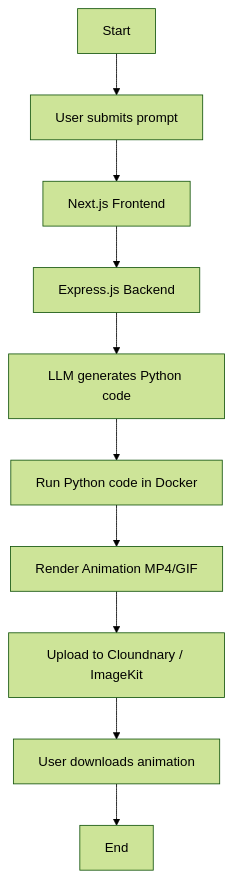
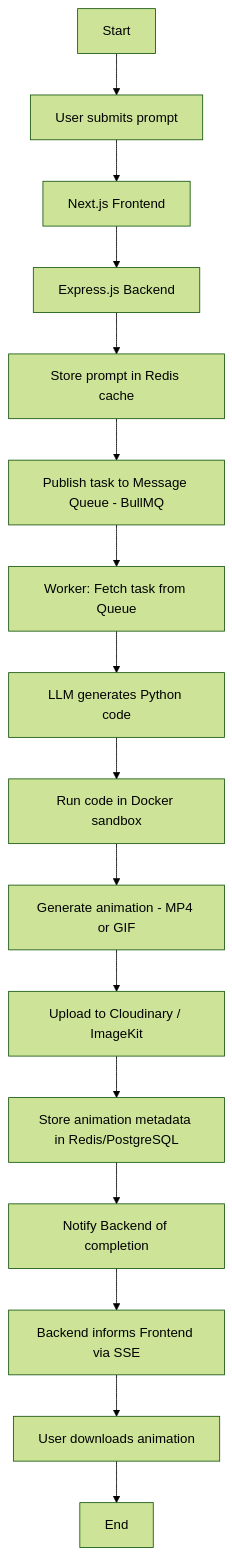
Before and after one commit to imdinnesh/Prompt-To-Motion: the diagram in README.md, drawn with Mermaid (forest theme).

Commit message:
fix: readme flow v2

````diff
--- a/README.md
+++ b/README.md
@@ -22,12 +22,22 @@
 ```mermaid
 flowchart TD
     A[Start] --> B[User submits prompt]
     B --> C[Next.js Frontend]
     C --> D[Express.js Backend]
-    D --> E[LLM generates Python code]
-    E --> F[Run Python code in Docker]
-    F --> G[Render Animation MP4/GIF]
-    G --> H[Upload to Cloundnary / ImageKit]
-    H --> I[User downloads animation]
-    I --> J[End]
+    D --> E[Store prompt in Redis cache]
+    E --> F[Publish task to Message Queue - BullMQ]
+    F --> G[Worker: Fetch task from Queue]
+    G --> H[LLM generates Python code]
+    H --> I[Run code in Docker sandbox]
+    I --> J[Generate animation - MP4 or GIF]
+
+    J --> K[Upload to Cloudinary / ImageKit]
+    K --> L[Store animation metadata in Redis/PostgreSQL]
+
+    L --> M[Notify Backend of completion]
+    M --> N[Backend informs Frontend via SSE]
+    N --> O[User downloads animation]
+
+    O --> P[End]
+
 ```
````
